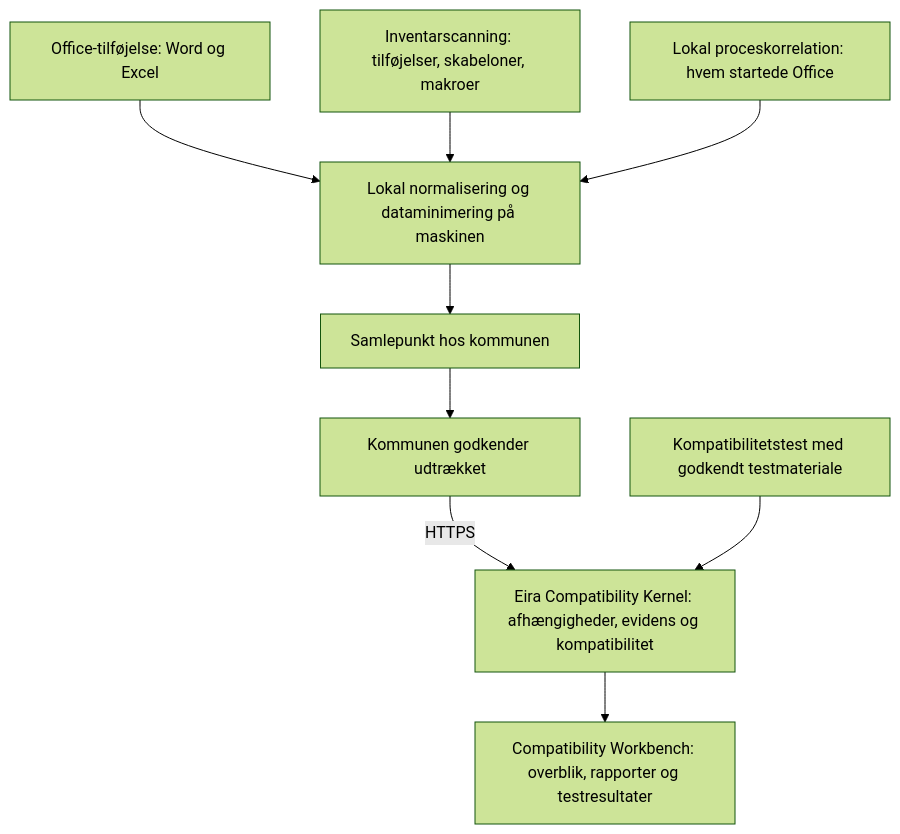
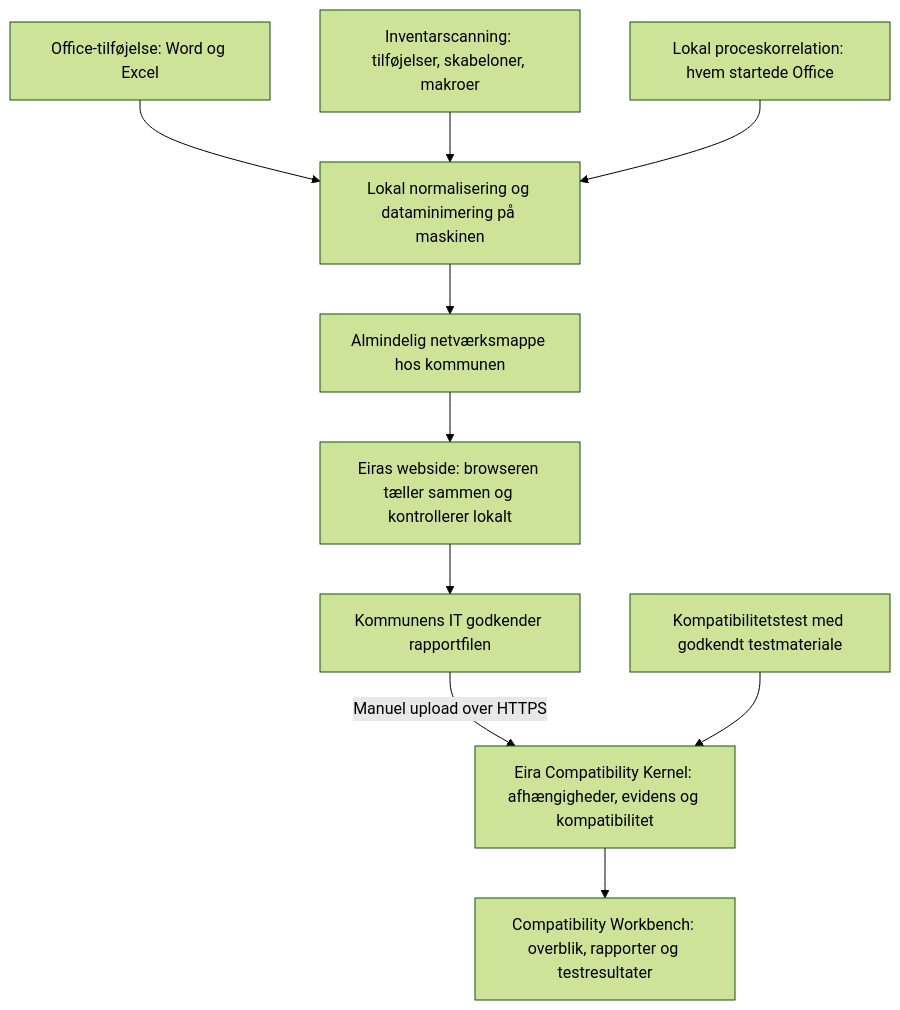
One commit to smoeberg/Eira-Compatibility-Kernel changed the diagram in docs/decisions/ADR-001-office-centric-discovery.md. Above: the diagram before and after it, drawn with Mermaid (forest theme). The commit also changed other lines of this file, not shown here.

First line of the commit message:
docs: beskriv manuel aflevering i ADR-001

````diff
--- a/docs/decisions/ADR-001-office-centric-discovery.md
+++ b/docs/decisions/ADR-001-office-centric-discovery.md
@@ -30,11 +30,12 @@
 ```mermaid
 flowchart TD
   A["Office-tilføjelse: Word og Excel"] --> D
   B["Inventarscanning: tilføjelser, skabeloner, makroer"] --> D
   C["Lokal proceskorrelation: hvem startede Office"] --> D
-  D["Lokal normalisering og dataminimering på maskinen"] --> E["Samlepunkt hos kommunen"]
-  E --> F["Kommunen godkender udtrækket"]
-  F -->|HTTPS| G["Eira Compatibility Kernel: afhængigheder, evidens og kompatibilitet"]
+  D["Lokal normalisering og dataminimering på maskinen"] --> E["Almindelig netværksmappe hos kommunen"]
+  E --> S["Eiras webside: browseren tæller sammen og kontrollerer lokalt"]
+  S --> F["Kommunens IT godkender rapportfilen"]
+  F -->|Manuel upload over HTTPS| G["Eira Compatibility Kernel: afhængigheder, evidens og kompatibilitet"]
   G --> H["Compatibility Workbench: overblik, rapporter og testresultater"]
   T["Kompatibilitetstest med godkendt testmateriale"] --> G
 ```
````
